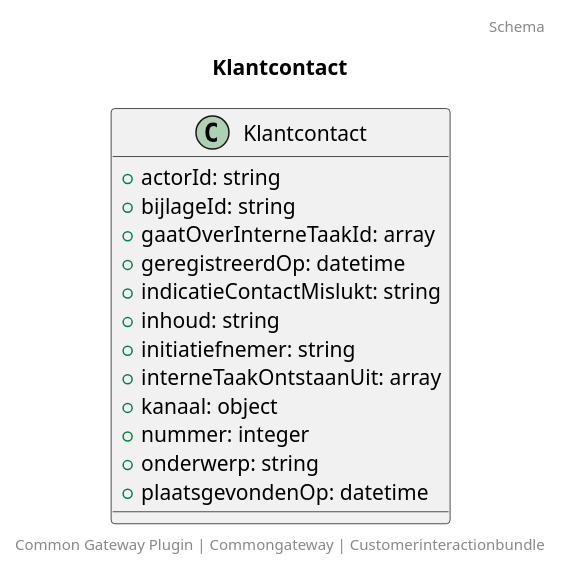
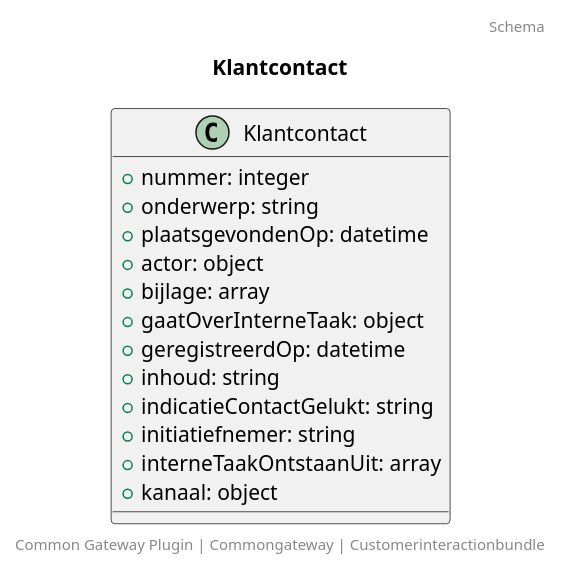
One commit to CommonGateway/CustomerInteractionBundle changed the diagram in docs/schema/klant.klantcontact.puml. Above: the diagram before and after it, drawn with PlantUML. The commit also changed 29 other files, not shown here.

```diff
--- a/docs/schema/klant.klantcontact.puml
+++ b/docs/schema/klant.klantcontact.puml
@@ -1,20 +1,20 @@
 @startuml
 title: Klantcontact
 footer: Common Gateway Plugin | Commongateway | Customerinteractionbundle 
 header: Schema
 
 class Klantcontact {
-  + actorId: string
-  + bijlageId: string
-  + gaatOverInterneTaakId: array
+  + nummer: integer
+  + onderwerp: string
+  + plaatsgevondenOp: datetime
+  + actor: object
+  + bijlage: array
+  + gaatOverInterneTaak: object
   + geregistreerdOp: datetime
-  + indicatieContactMislukt: string
   + inhoud: string
+  + indicatieContactGelukt: string
   + initiatiefnemer: string
   + interneTaakOntstaanUit: array
   + kanaal: object
-  + nummer: integer
-  + onderwerp: string
-  + plaatsgevondenOp: datetime
 }
 @enduml
```
